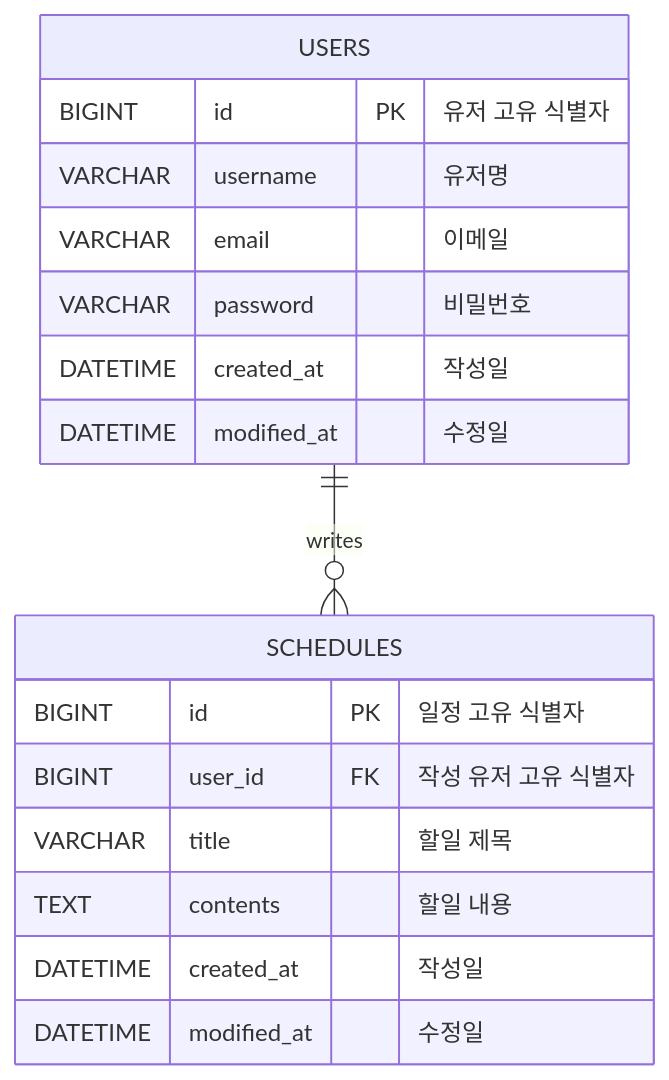
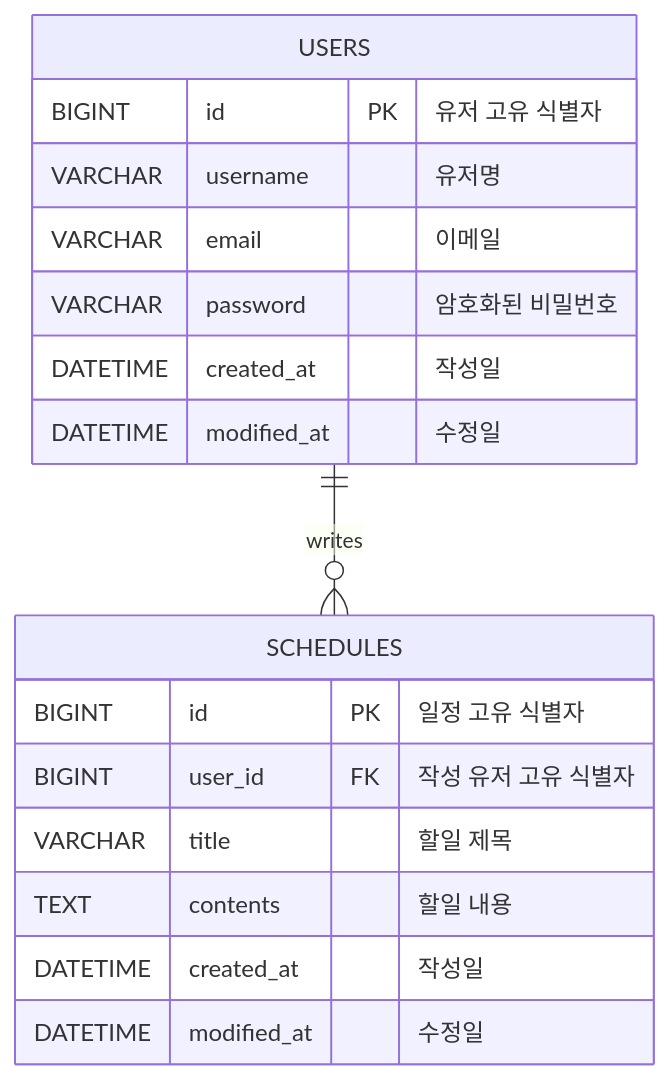
One commit to jes2ngyun-gif/develop-schedule changed the diagram in README.md. Above: the diagram before and after it, drawn with Mermaid. The commit also changed other lines of this file and 2 other files, not shown here.

````diff
--- a/README.md
+++ b/README.md
@@ -248,22 +325,22 @@
 ```mermaid
 erDiagram
     USERS ||--o{ SCHEDULES : writes
 
     USERS {
         BIGINT id PK "유저 고유 식별자"
         VARCHAR username "유저명"
         VARCHAR email "이메일"
-        VARCHAR password "비밀번호"
+        VARCHAR password "암호화된 비밀번호"
         DATETIME created_at "작성일"
         DATETIME modified_at "수정일"
     }
 
     SCHEDULES {
         BIGINT id PK "일정 고유 식별자"
         BIGINT user_id FK "작성 유저 고유 식별자"
         VARCHAR title "할일 제목"
         TEXT contents "할일 내용"
         DATETIME created_at "작성일"
         DATETIME modified_at "수정일"
     }
 ```
````
